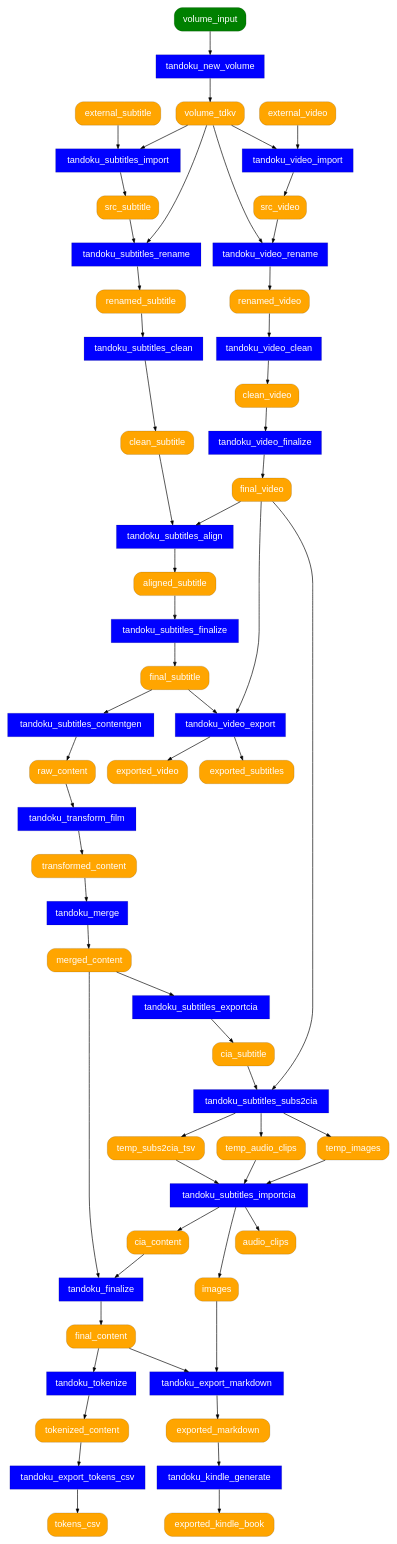
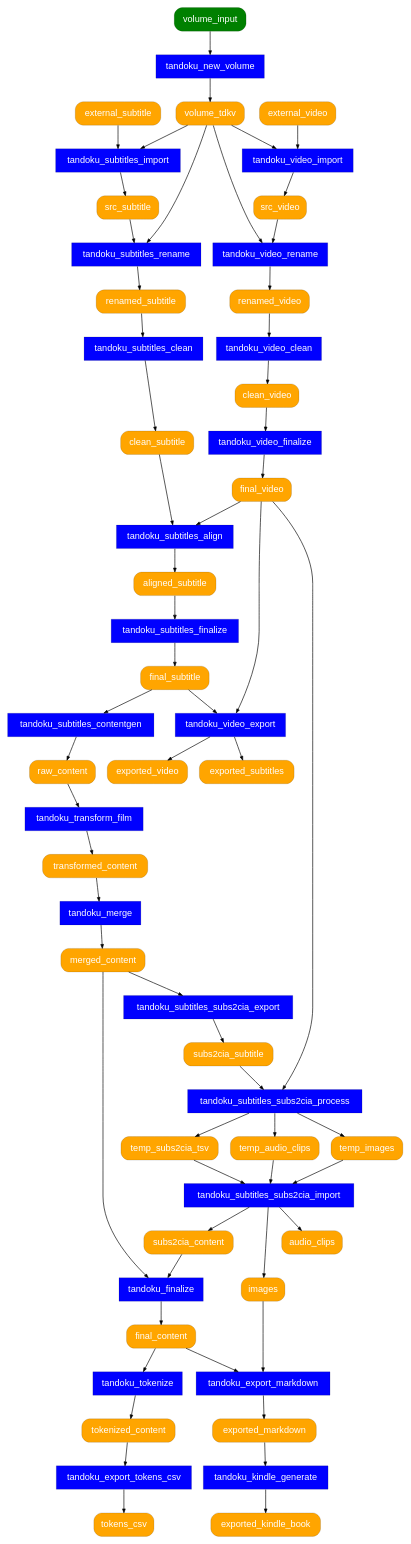
The diagram in docs/tandoku-workflow.dot (tandoku/tandoku), drawn with Graphviz before and after one commit.

Commit message:
docs/tandoku-workflow.dot subs2cia cleanup

```diff
--- a/docs/tandoku-workflow.dot
+++ b/docs/tandoku-workflow.dot
@@ -1,166 +1,166 @@
+# TODO: consider generating this from spreadsheet data using PSGraph
 digraph {
     graph [fontname="Helvetica"];
     node [fontname="Helvetica" penwidth=0.2];
     edge [fontname="Helvetica" arrowsize="0.6"];
 
     # processes
     node [shape=rect style="filled" fillcolor=blue fontcolor=white];
     tandoku_new_volume
 
     tandoku_export_tokens_csv
 
     ## film processes
     tandoku_subtitles_import
     tandoku_subtitles_rename
     tandoku_subtitles_clean
     tandoku_subtitles_align
     tandoku_subtitles_finalize
     tandoku_subtitles_contentgen
 
     tandoku_video_import
     tandoku_video_rename
     tandoku_video_clean
     tandoku_video_finalize
     tandoku_video_export
 
     tandoku_transform_film
 
-    tandoku_subtitles_exportcia
-    tandoku_subtitles_subs2cia
-    tandoku_subtitles_importcia
+    tandoku_subtitles_subs2cia_export
+    tandoku_subtitles_subs2cia_process
+    tandoku_subtitles_subs2cia_import
 
     ## general content processes
     tandoku_merge
     tandoku_tokenize
     tandoku_finalize
 
     ## markdown, kindle export processses
     tandoku_export_markdown
     tandoku_kindle_generate
 
     # artifacts
     node [shape=rect style="filled,rounded" fillcolor=orange];
     volume_tdkv
 
     raw_content
     transformed_content
     merged_content
     tokenized_content
     final_content
 
     images
 
     audio_clips
 
     tokens_csv
 
     ## film artifacts
     external_subtitle
     src_subtitle
     renamed_subtitle
     clean_subtitle
     aligned_subtitle
     final_subtitle
 
     external_video
     src_video
     renamed_video
     clean_video
     final_video
 
     exported_video
     exported_subtitles
 
-    cia_subtitle
+    subs2cia_subtitle
     temp_subs2cia_tsv
     temp_audio_clips
     temp_images
-    cia_content
+    subs2cia_content
 
     ## exported markdown, kindle
     exported_markdown
     exported_kindle_book
 
     # user input
     node [shape=rect style="filled,rounded" fillcolor=green];
     volume_input
 
     # edges
     volume_input -> tandoku_new_volume
     tandoku_new_volume -> volume_tdkv
 
     tokenized_content -> tandoku_export_tokens_csv
     tandoku_export_tokens_csv -> tokens_csv
 
     ## film edges
     external_subtitle -> tandoku_subtitles_import
     volume_tdkv -> tandoku_subtitles_import
     tandoku_subtitles_import -> src_subtitle
     src_subtitle -> tandoku_subtitles_rename
     volume_tdkv -> tandoku_subtitles_rename
     tandoku_subtitles_rename -> renamed_subtitle
     renamed_subtitle -> tandoku_subtitles_clean
     tandoku_subtitles_clean -> clean_subtitle
 
     external_video -> tandoku_video_import
     volume_tdkv -> tandoku_video_import
     tandoku_video_import -> src_video
     src_video -> tandoku_video_rename
     volume_tdkv -> tandoku_video_rename
     tandoku_video_rename -> renamed_video
     renamed_video -> tandoku_video_clean
     tandoku_video_clean -> clean_video
     clean_video -> tandoku_video_finalize
     tandoku_video_finalize -> final_video
 
     clean_subtitle -> tandoku_subtitles_align
     final_video -> tandoku_subtitles_align
     tandoku_subtitles_align -> aligned_subtitle
     aligned_subtitle -> tandoku_subtitles_finalize
     tandoku_subtitles_finalize -> final_subtitle
 
     final_subtitle -> tandoku_video_export
     final_video -> tandoku_video_export
     tandoku_video_export -> exported_video
     tandoku_video_export -> exported_subtitles
 
     final_subtitle -> tandoku_subtitles_contentgen
     tandoku_subtitles_contentgen -> raw_content
 
     raw_content -> tandoku_transform_film
     tandoku_transform_film -> transformed_content
 
-    merged_content -> tandoku_subtitles_exportcia
-    tandoku_subtitles_exportcia -> cia_subtitle
-    cia_subtitle -> tandoku_subtitles_subs2cia
-    final_video -> tandoku_subtitles_subs2cia
-    tandoku_subtitles_subs2cia -> temp_audio_clips
-    tandoku_subtitles_subs2cia -> temp_images
-    tandoku_subtitles_subs2cia -> temp_subs2cia_tsv
-    temp_audio_clips -> tandoku_subtitles_importcia
-    temp_images -> tandoku_subtitles_importcia
-    temp_subs2cia_tsv -> tandoku_subtitles_importcia
-    tandoku_subtitles_importcia -> audio_clips
-    tandoku_subtitles_importcia -> images
-    tandoku_subtitles_importcia -> cia_content
-
-    cia_content -> tandoku_finalize
+    merged_content -> tandoku_subtitles_subs2cia_export
+    tandoku_subtitles_subs2cia_export -> subs2cia_subtitle
+    subs2cia_subtitle -> tandoku_subtitles_subs2cia_process
+    final_video -> tandoku_subtitles_subs2cia_process
+    tandoku_subtitles_subs2cia_process -> temp_subs2cia_tsv
+    tandoku_subtitles_subs2cia_process -> temp_audio_clips
+    tandoku_subtitles_subs2cia_process -> temp_images
+    temp_subs2cia_tsv -> tandoku_subtitles_subs2cia_import
+    temp_audio_clips -> tandoku_subtitles_subs2cia_import
+    temp_images -> tandoku_subtitles_subs2cia_import
+    tandoku_subtitles_subs2cia_import -> audio_clips
+    tandoku_subtitles_subs2cia_import -> images
+    tandoku_subtitles_subs2cia_import -> subs2cia_content
+    subs2cia_content -> tandoku_finalize
 
     ## general content edges
     transformed_content -> tandoku_merge
     tandoku_merge -> merged_content
     merged_content -> tandoku_finalize
     tandoku_finalize -> final_content
 
     final_content -> tandoku_tokenize
     tandoku_tokenize -> tokenized_content
 
     ## markdown export
     final_content -> tandoku_export_markdown
     images -> tandoku_export_markdown
     tandoku_export_markdown -> exported_markdown
 
     ## kindle export
     exported_markdown -> tandoku_kindle_generate
     tandoku_kindle_generate -> exported_kindle_book
 }
```
